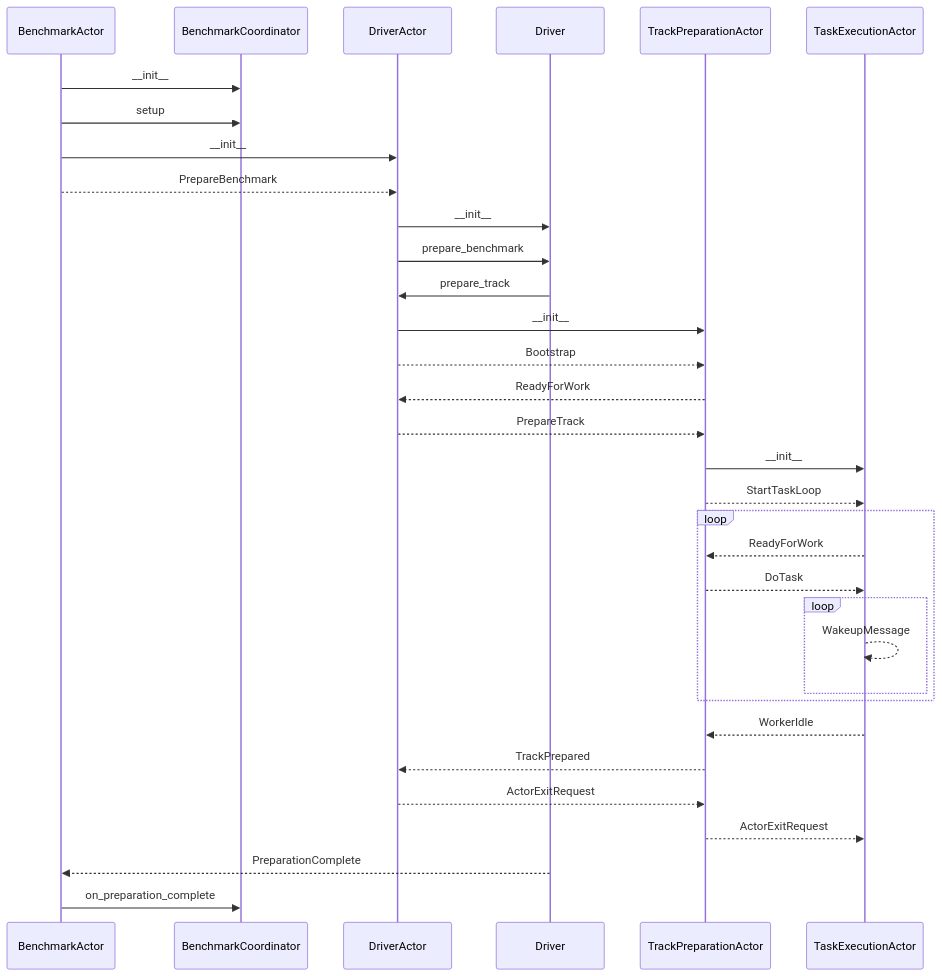
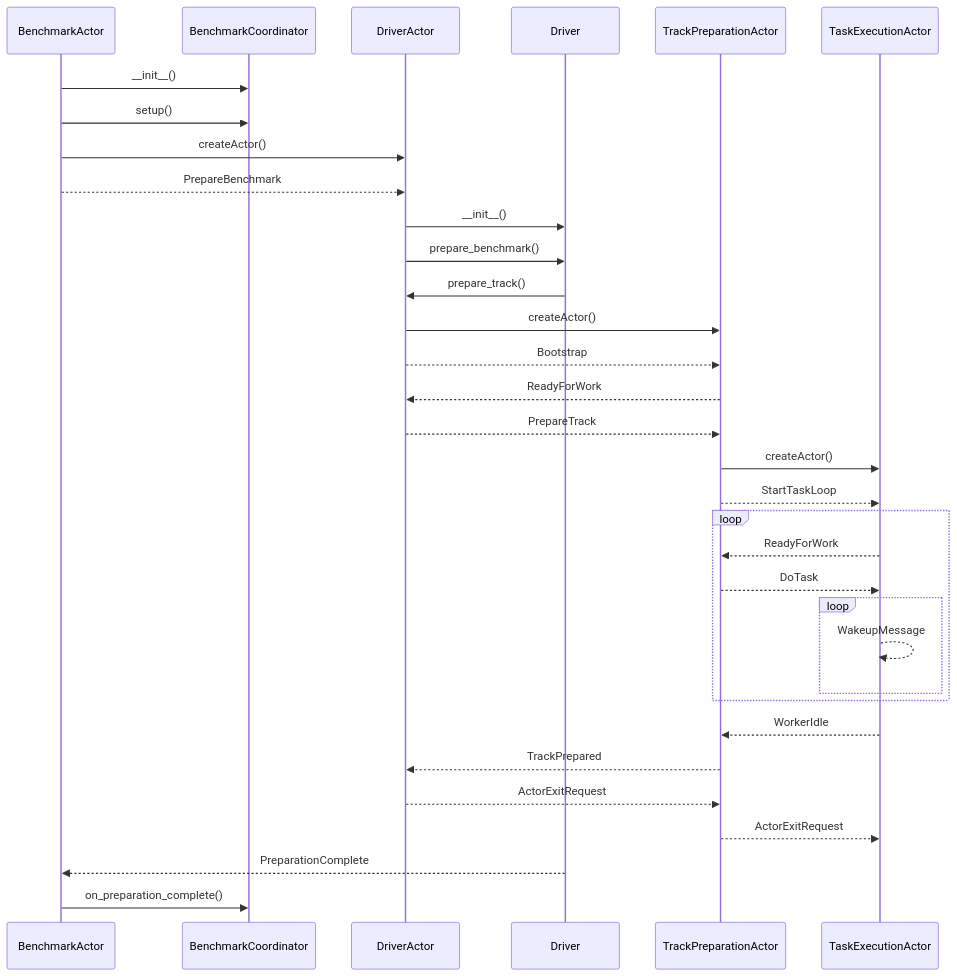
One commit to elastic/rally changed the first of 2 diagrams in docs/architecture/actor_system.md. Above: the diagram before and after it, drawn with Mermaid. The commit also changed other lines of this file, not shown here.

Commit message:
Update architecture diagrams

````diff
--- a/docs/architecture/actor_system.md
+++ b/docs/architecture/actor_system.md
@@ -59,29 +59,29 @@
 ```mermaid
 sequenceDiagram
-    BenchmarkActor ->> BenchmarkCoordinator: __init__
-    BenchmarkActor ->> BenchmarkCoordinator: setup
-    BenchmarkActor ->> DriverActor: __init__
+    BenchmarkActor ->> BenchmarkCoordinator: __init__()
+    BenchmarkActor ->> BenchmarkCoordinator: setup()
+    BenchmarkActor ->> DriverActor: createActor()
     BenchmarkActor -->> DriverActor: PrepareBenchmark
-    DriverActor ->> Driver: __init__
-    DriverActor ->> Driver: prepare_benchmark
-    Driver ->> DriverActor: prepare_track
-    DriverActor ->> TrackPreparationActor: __init__
+    DriverActor ->> Driver: __init__()
+    DriverActor ->> Driver: prepare_benchmark()
+    Driver ->> DriverActor: prepare_track()
+    DriverActor ->> TrackPreparationActor: createActor()
     DriverActor -->> TrackPreparationActor: Bootstrap
     TrackPreparationActor -->> DriverActor: ReadyForWork
     DriverActor -->> TrackPreparationActor: PrepareTrack
-    TrackPreparationActor ->> TaskExecutionActor: __init__
+    TrackPreparationActor ->> TaskExecutionActor: createActor()
     TrackPreparationActor -->> TaskExecutionActor: StartTaskLoop
     loop
         TaskExecutionActor -->> TrackPreparationActor: ReadyForWork
         TrackPreparationActor -->> TaskExecutionActor: DoTask
         loop
             TaskExecutionActor -->> TaskExecutionActor: WakeupMessage
         end
     end
     TaskExecutionActor -->> TrackPreparationActor: WorkerIdle
     TrackPreparationActor -->> DriverActor: TrackPrepared
     DriverActor -->> TrackPreparationActor: ActorExitRequest
     TrackPreparationActor -->> TaskExecutionActor: ActorExitRequest
     Driver -->> BenchmarkActor: PreparationComplete
-    BenchmarkActor ->> BenchmarkCoordinator: on_preparation_complete
+    BenchmarkActor ->> BenchmarkCoordinator: on_preparation_complete()
 ```
````
